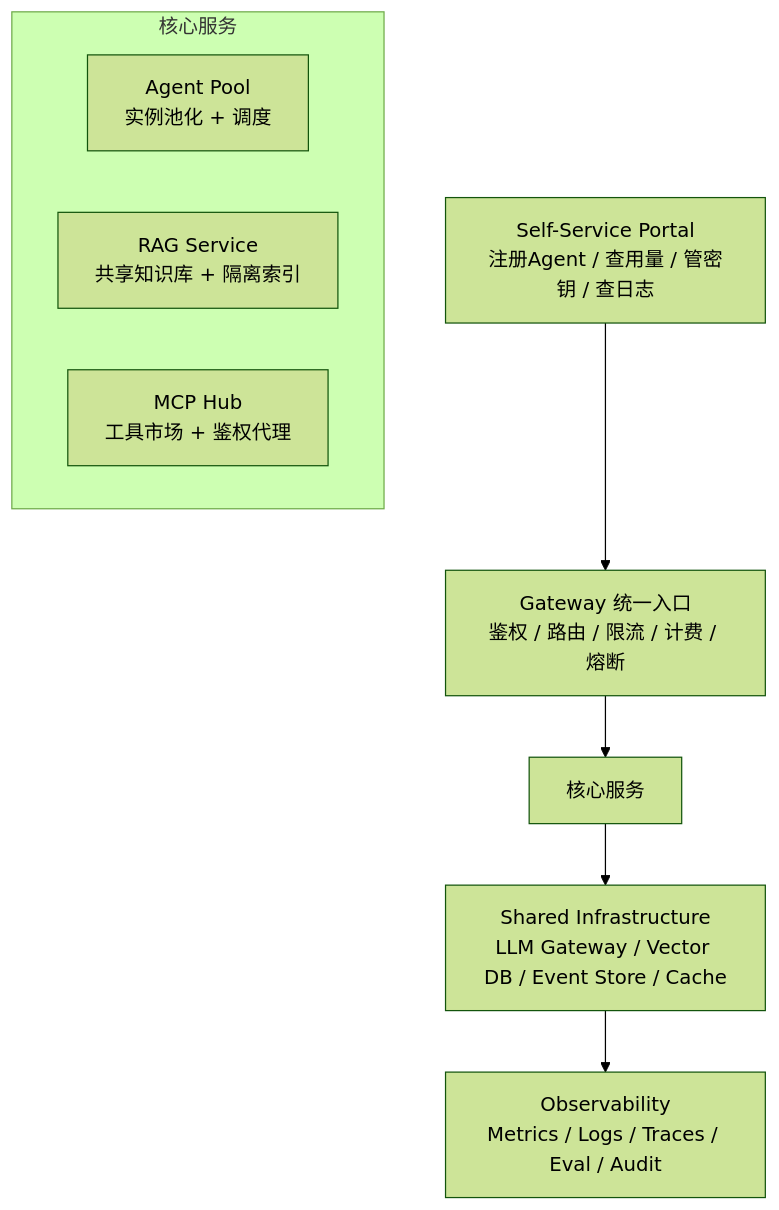
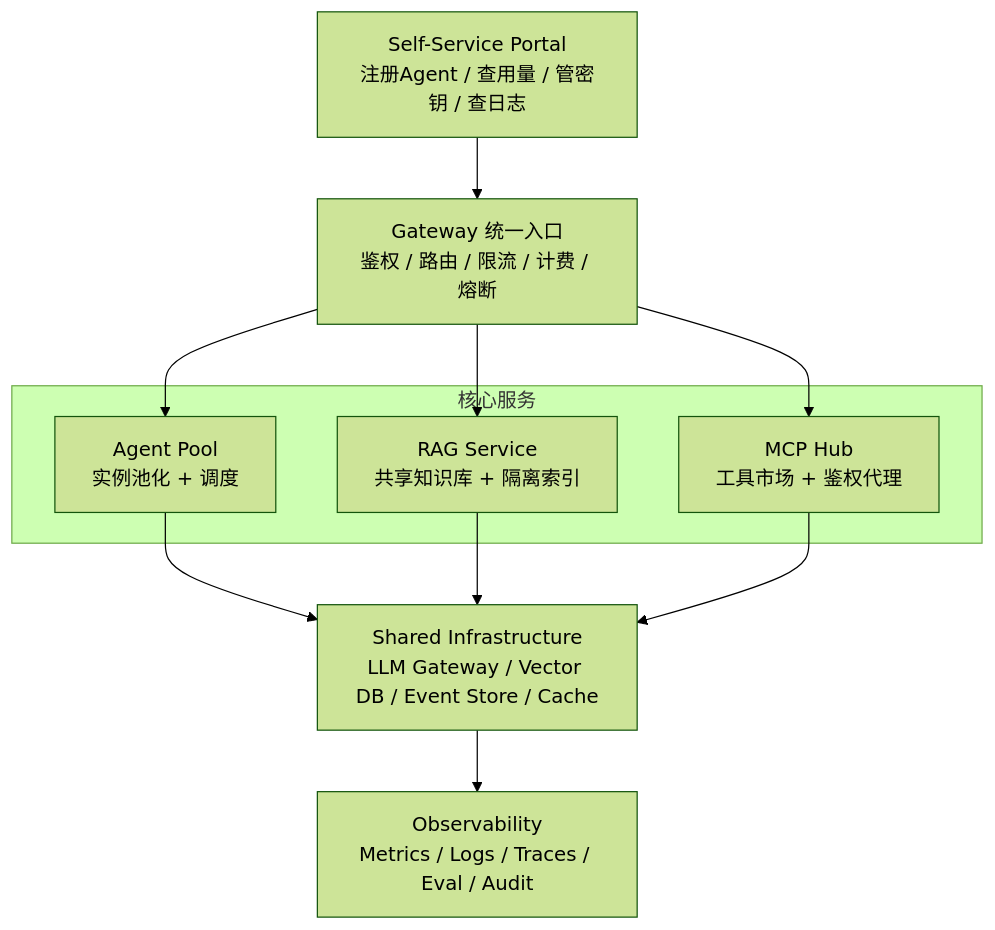
One commit to UranusGit/java-agent-learn changed the second of 8 diagrams in docs/tutorials/spring-ai-2.0/18-大规模Agent平台与数据基础设施.md. Above: the diagram before and after it, drawn with Mermaid (forest theme). The commit also changed 41 other files, not shown here.

First line of the commit message:
docs全库mermaid复核修复：补ER图、ASCII转mermaid/表格、删重复图、修语义矛盾

````diff
--- a/docs/tutorials/spring-ai-2.0/18-大规模Agent平台与数据基础设施.md
+++ b/docs/tutorials/spring-ai-2.0/18-大规模Agent平台与数据基础设施.md
@@ -49,12 +49,16 @@
 ```mermaid
 flowchart TD
     Portal["Self-Service Portal<br/>注册Agent / 查用量 / 管密钥 / 查日志"] --> GW["Gateway 统一入口<br/>鉴权 / 路由 / 限流 / 计费 / 熔断"]
-    GW --> Core["核心服务"]
     subgraph CORE_SUB["核心服务"]
         AP["Agent Pool<br/>实例池化 + 调度"]
         RS["RAG Service<br/>共享知识库 + 隔离索引"]
         MH["MCP Hub<br/>工具市场 + 鉴权代理"]
     end
-    Core --> SI["Shared Infrastructure<br/>LLM Gateway / Vector DB / Event Store / Cache"]
+    GW --> AP
+    GW --> RS
+    GW --> MH
+    AP --> SI["Shared Infrastructure<br/>LLM Gateway / Vector DB / Event Store / Cache"]
+    RS --> SI
+    MH --> SI
     SI --> OBS["Observability<br/>Metrics / Logs / Traces / Eval / Audit"]
 ```
````
